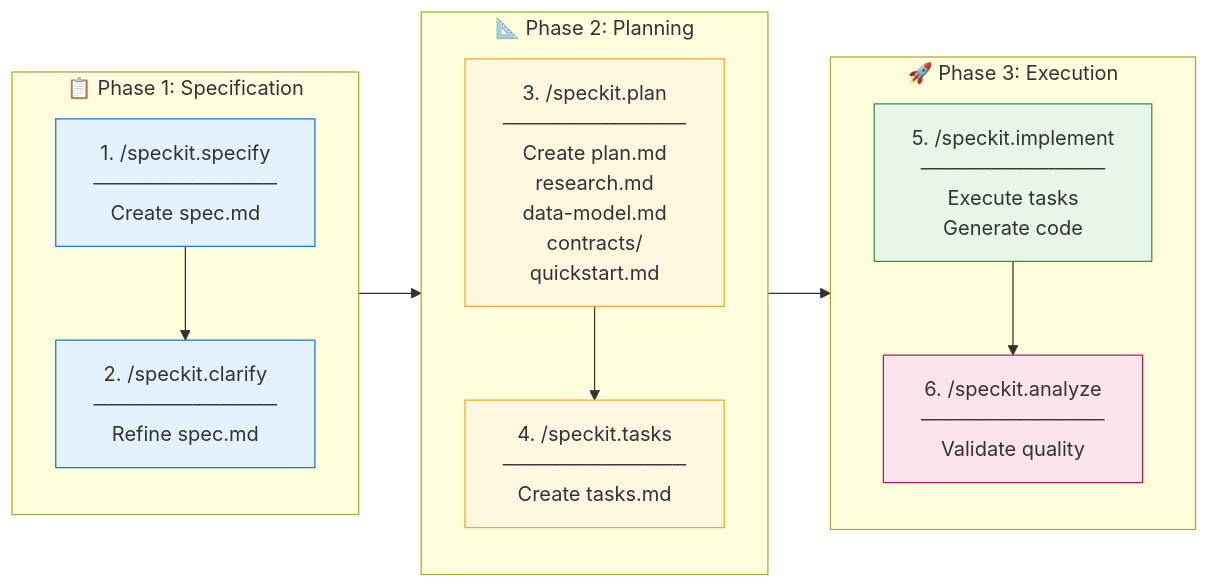
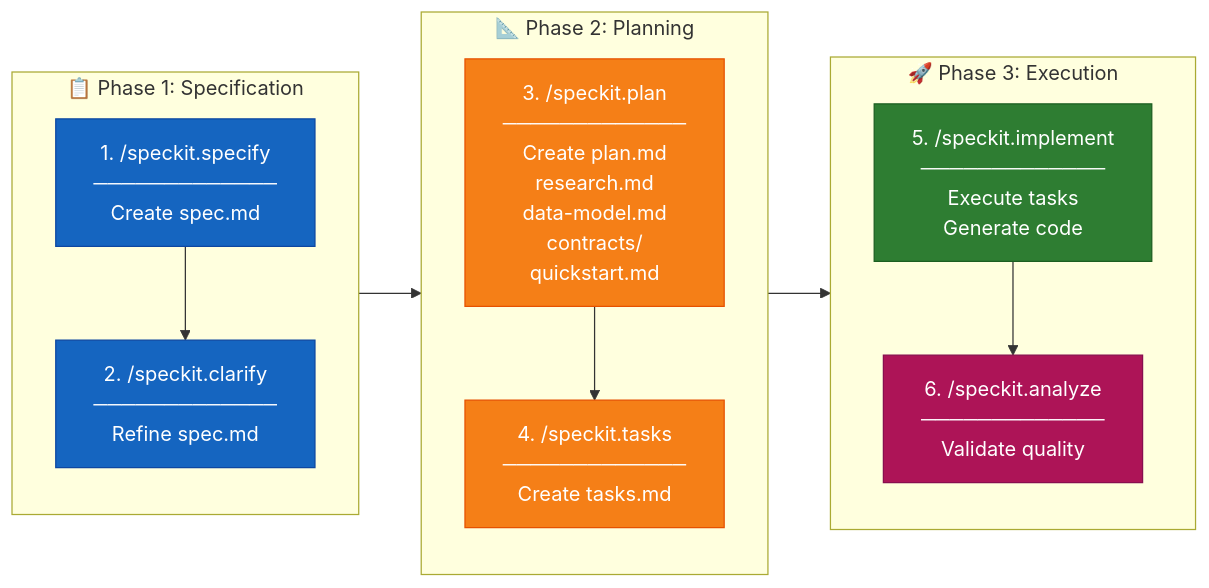
Before and after one commit to maheswarim-work/FocusHelper: the diagram in README.md, drawn with Mermaid.

Commit message:
Update Mermaid diagram with darker colors

````diff
--- a/README.md
+++ b/README.md
@@ -20,30 +20,30 @@
 ```mermaid
 flowchart LR
     subgraph Phase1["📋 Phase 1: Specification"]
         A["1. /speckit.specify<br/>─────────────<br/>Create spec.md"]
         B["2. /speckit.clarify<br/>─────────────<br/>Refine spec.md"]
         A --> B
     end
 
     subgraph Phase2["📐 Phase 2: Planning"]
         C["3. /speckit.plan<br/>─────────────<br/>Create plan.md<br/>research.md<br/>data-model.md<br/>contracts/<br/>quickstart.md"]
         D["4. /speckit.tasks<br/>─────────────<br/>Create tasks.md"]
         C --> D
     end
 
     subgraph Phase3["🚀 Phase 3: Execution"]
         E["5. /speckit.implement<br/>─────────────<br/>Execute tasks<br/>Generate code"]
         F["6. /speckit.analyze<br/>─────────────<br/>Validate quality"]
         E --> F
     end
 
     Phase1 --> Phase2
     Phase2 --> Phase3
 
-    style A fill:#e3f2fd,stroke:#1976d2
-    style B fill:#e3f2fd,stroke:#1976d2
-    style C fill:#fff8e1,stroke:#f9a825
-    style D fill:#fff8e1,stroke:#f9a825
-    style E fill:#e8f5e9,stroke:#388e3c
-    style F fill:#fce4ec,stroke:#c2185b
+    style A fill:#1565c0,stroke:#0d47a1,color:#fff
+    style B fill:#1565c0,stroke:#0d47a1,color:#fff
+    style C fill:#f57f17,stroke:#e65100,color:#fff
+    style D fill:#f57f17,stroke:#e65100,color:#fff
+    style E fill:#2e7d32,stroke:#1b5e20,color:#fff
+    style F fill:#ad1457,stroke:#880e4f,color:#fff
 ```
````
